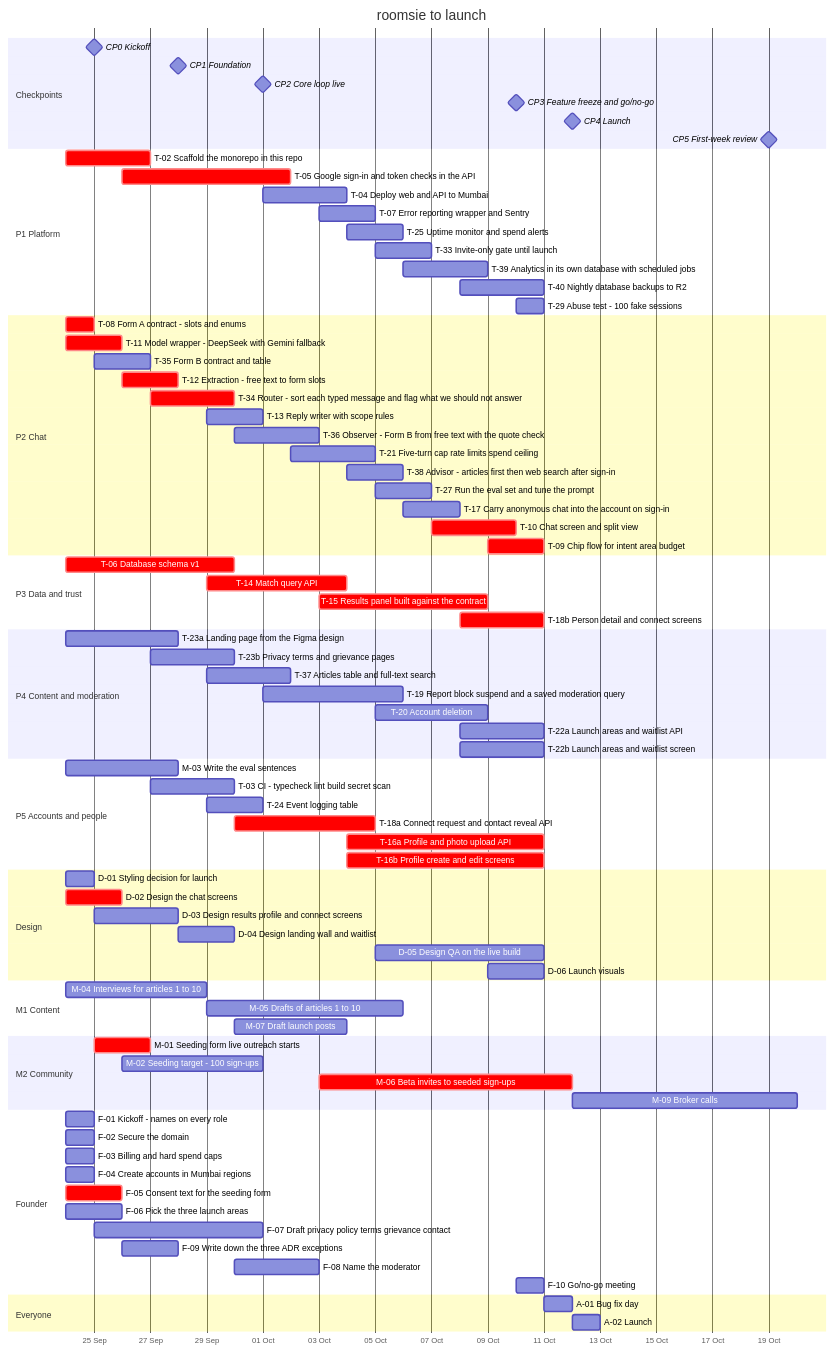
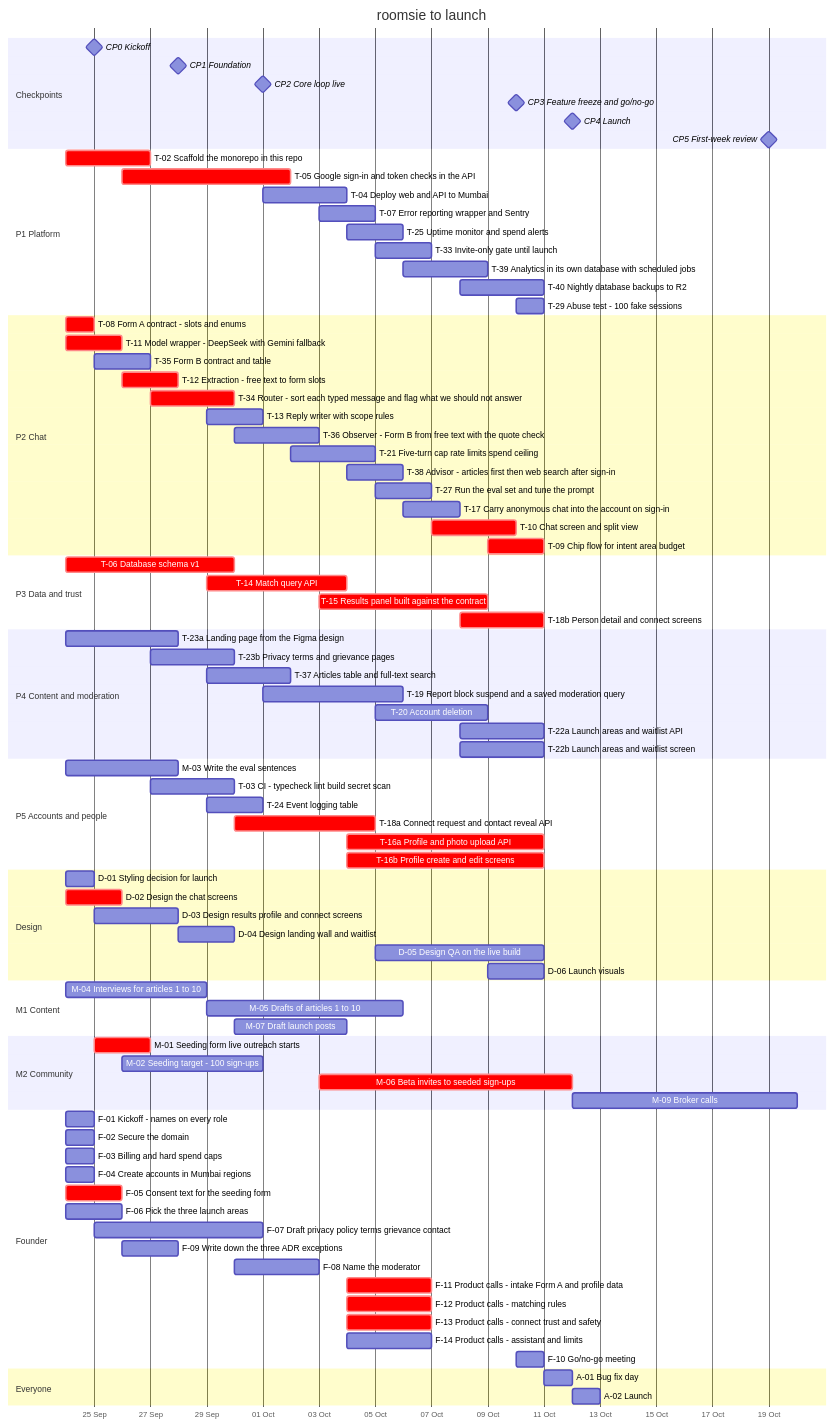
Before and after one commit to magentawood/roomsie: the diagram in docs/team-plan.md, drawn with Mermaid. The commit also changed other lines of this file and 39 other files, not shown here.

```diff
--- a/docs/team-plan.md
+++ b/docs/team-plan.md
@@ -356,6 +364,10 @@
     F-07 Draft privacy policy terms grievance contact :f07, 2026-09-25, 6d
     F-09 Write down the three ADR exceptions :f09, 2026-09-26, 2d
     F-08 Name the moderator :f08, 2026-09-30, 3d
+    F-11 Product calls - intake Form A and profile data :crit, f11, 2026-10-04, 3d
+    F-12 Product calls - matching rules :crit, f12, 2026-10-04, 3d
+    F-13 Product calls - connect trust and safety :crit, f13, 2026-10-04, 3d
+    F-14 Product calls - assistant and limits :f14, 2026-10-04, 3d
     F-10 Go/no-go meeting :f10, 2026-10-10, 1d
     section Everyone
     A-01 Bug fix day :a01, 2026-10-11, 1d
```
